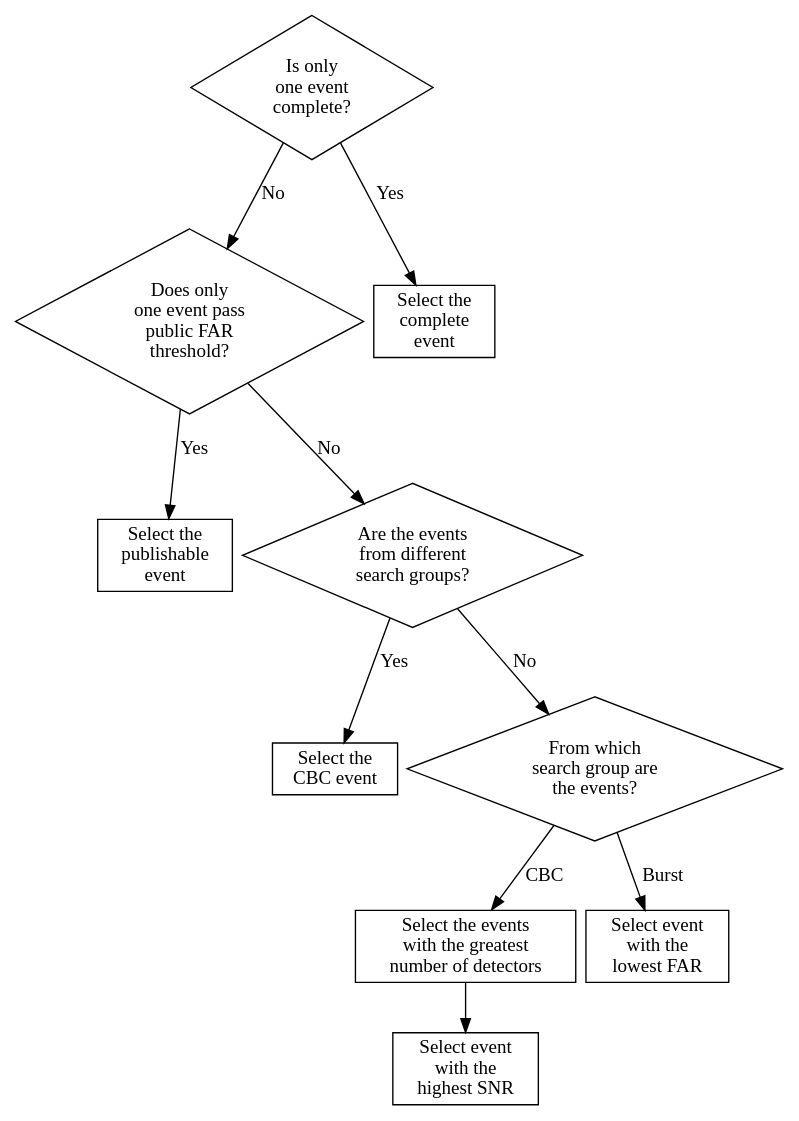
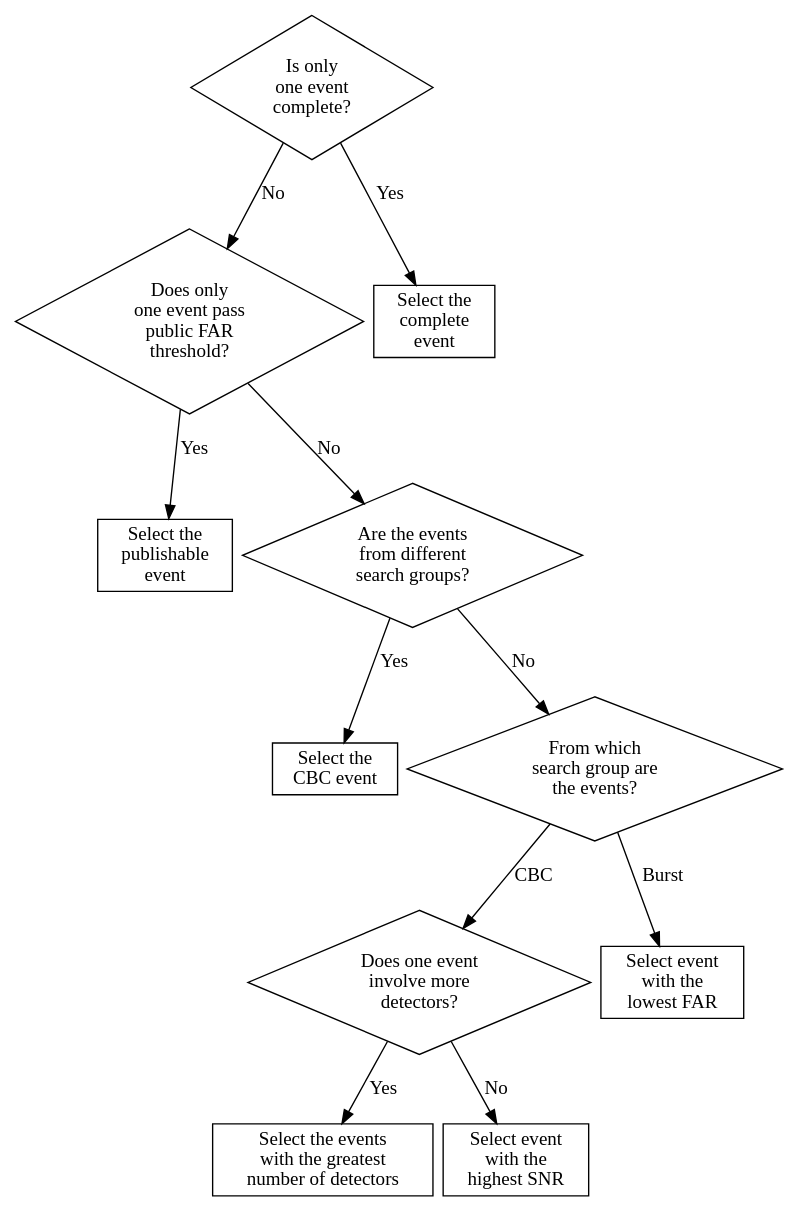
One commit to lpsinger/gwcelery changed the diagram in doc/gwcelery.tasks.superevents.rst. Above: the diagram before and after it, drawn with Graphviz.

Commit message:
slight modification to superevent flowchart [ci skip]

```diff
--- a/doc/gwcelery.tasks.superevents.rst
+++ b/doc/gwcelery.tasks.superevents.rst
@@ -66,72 +66,78 @@
 .. digraph:: preferred_event
 
     compound = true
     nodesep = 0.1
     ranksep = 0.5
 
     node [
         fillcolor = white
         shape = box
         style = filled
         target = "_top"
     ]
 
     graph [
         labeljust = "left"
         style = filled
         target = "_top"
     ]
 
     far_differs [
         label = "Does only\none event pass \n public FAR\nthreshold?"
         shape = diamond
     ]
 
     completeness_differs [
         label = "Is only\none event\ncomplete?"
         shape = diamond
     ]
 
     far_decides [
         label = "Select the\npublishable\nevent"
     ]
 
     completeness_decides [
         label = "Select the\ncomplete\nevent"
     ]
 
     group_differs [
         label = "Are the events\nfrom different\nsearch groups?"
         shape = diamond
     ]
 
     group_decides [
         label = "Select the\nCBC event"
     ]
 
     which_group [
         label = "From which\nsearch group are\nthe events?"
         shape = diamond
     ]
 
-    how_many_detectors [
+    detectors_differ [
+        label = "Does one event\ninvolve more\ndetectors?"
+        shape = diamond
+    ]
+
+    detectors_decide [
         label = "Select the events\nwith the greatest\nnumber of detectors"
     ]
 
     cbc_significance [
         label = "Select event\nwith the\nhighest SNR"
     ]
 
     burst_significance [
         label = "Select event\nwith the\nlowest FAR"
     ]
 
     completeness_differs -> completeness_decides [label = Yes]
     completeness_differs -> far_differs[label = No]
     far_differs -> far_decides [label = Yes]
     far_differs -> group_differs [label = No]
     group_differs -> group_decides [label = Yes]
     group_differs -> which_group [label = No]
-    which_group -> how_many_detectors [label = CBC]
-    how_many_detectors -> cbc_significance
+    which_group -> detectors_differ [label = CBC]
+    detectors_differ -> detectors_decide [label = Yes]
+    detectors_differ -> cbc_significance [label = No]
     which_group -> burst_significance [label = Burst]
```
